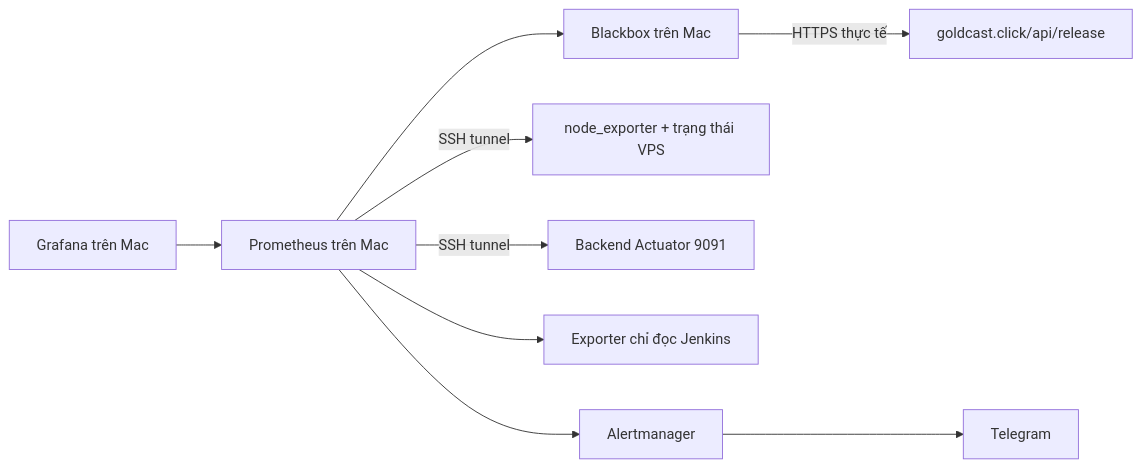
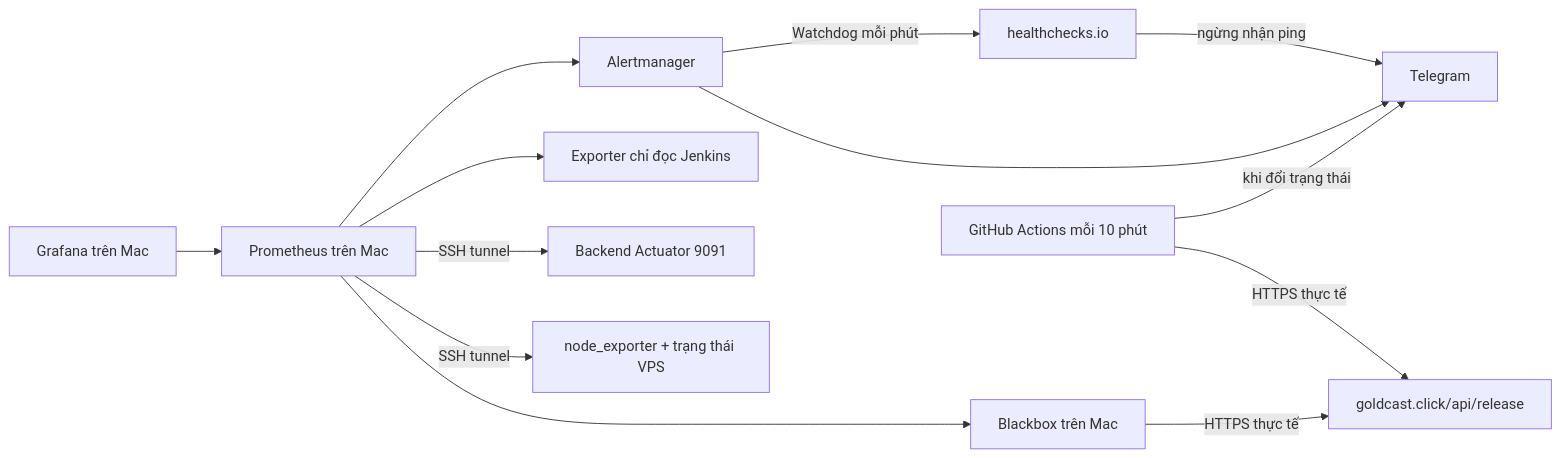
The diagram in docs/huong-dan.md (duongtanminh1912/goldcast), drawn with Mermaid before and after one commit. The commit also changed other lines of this file and 10 other files, not shown here.

````diff
--- a/docs/huong-dan.md
+++ b/docs/huong-dan.md
@@ -660,10 +660,14 @@
 ```mermaid
 flowchart LR
   B[Blackbox trên Mac] -->|HTTPS thực tế| W[goldcast.click/api/release]
   P[Prometheus trên Mac] --> B
   P -->|SSH tunnel| V[node_exporter + trạng thái VPS]
   P -->|SSH tunnel| A[Backend Actuator 9091]
   P --> J[Exporter chỉ đọc Jenkins]
   G[Grafana trên Mac] --> P
   P --> M[Alertmanager] --> T[Telegram]
+  M -->|Watchdog mỗi phút| H[healthchecks.io]
+  H -->|ngừng nhận ping| T
+  GH[GitHub Actions mỗi 10 phút] -->|HTTPS thực tế| W
+  GH -->|khi đổi trạng thái| T
 ```
````
